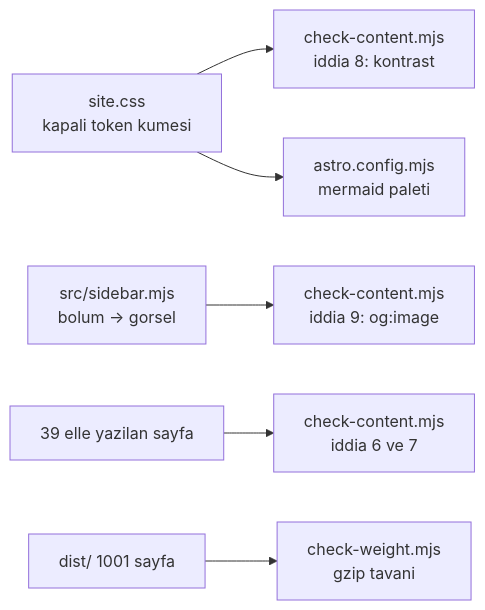
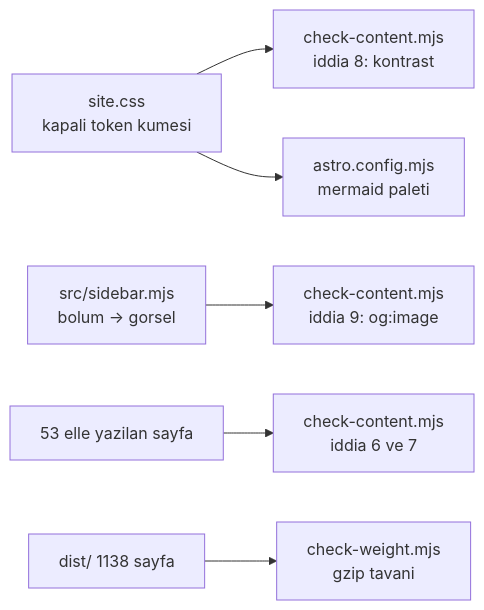
The diagram in docs/manuel-test/32-DOKUMAN-KALITESI.md (farukatasoy/Tracon), drawn with Mermaid before and after one commit. The commit also changed other lines of this file and 154 other files, not shown here.

````diff
--- a/docs/manuel-test/32-DOKUMAN-KALITESI.md
+++ b/docs/manuel-test/32-DOKUMAN-KALITESI.md
@@ -24,10 +26,10 @@
 ```mermaid
 flowchart LR
     accTitle: Sunum kapilarinin kaynagi
     accDescr: site.css token kumesi kontrast hesabini besler, sidebar.mjs bolum gorsellerini besler, elle yazilan sayfalar kapanis ve diyagram iddialarini besler, uretilen dist ise agirlik kapisini besler.
     CSS["site.css<br/>kapali token kumesi"] --> CC["check-content.mjs<br/>iddia 8: kontrast"]
     SB["src/sidebar.mjs<br/>bolum -> gorsel"] --> CC2["check-content.mjs<br/>iddia 9: og:image"]
-    PAGES["39 elle yazilan sayfa"] --> CC3["check-content.mjs<br/>iddia 6 ve 7"]
+    PAGES["53 elle yazilan sayfa"] --> CC3["check-content.mjs<br/>iddia 6 ve 7"]
     CSS --> MERMAID["astro.config.mjs<br/>mermaid paleti"]
-    DIST["dist/ 1001 sayfa"] --> CW["check-weight.mjs<br/>gzip tavani"]
+    DIST["dist/ 1138 sayfa"] --> CW["check-weight.mjs<br/>gzip tavani"]
 ```
````
